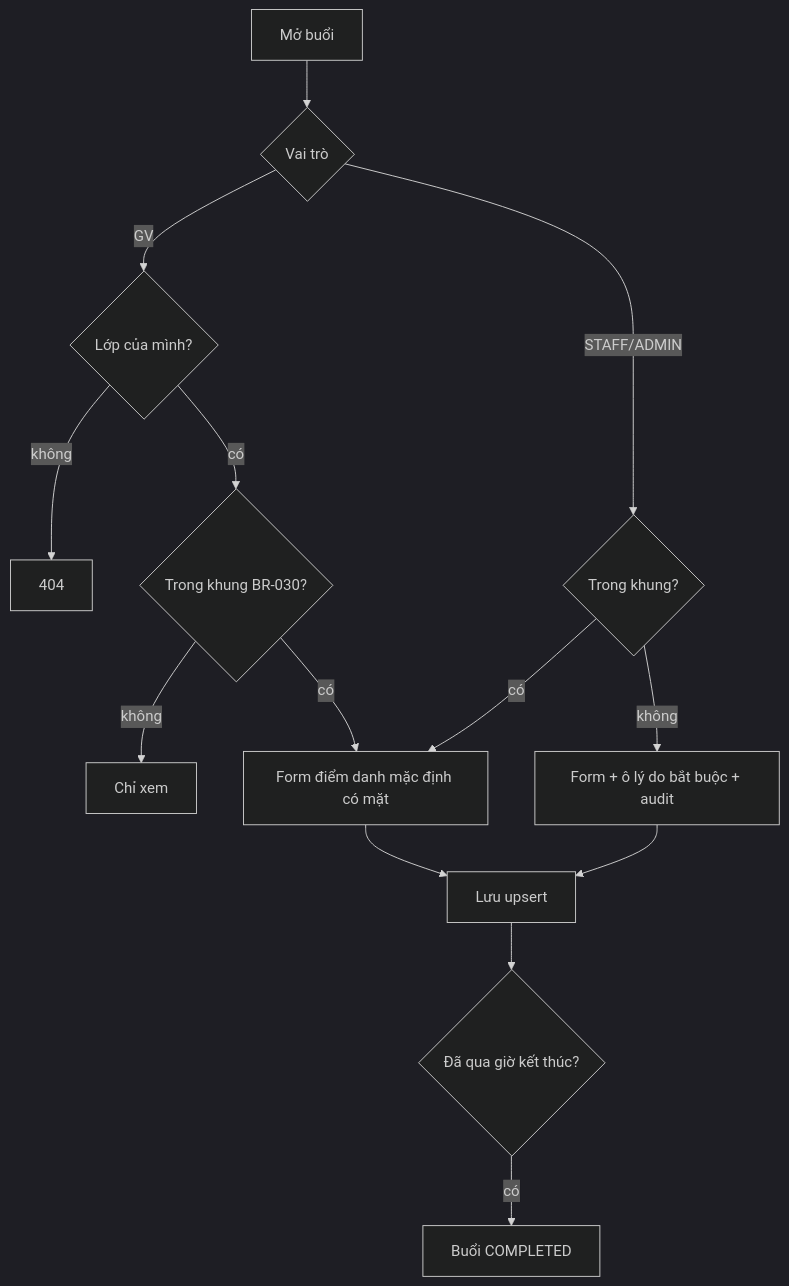
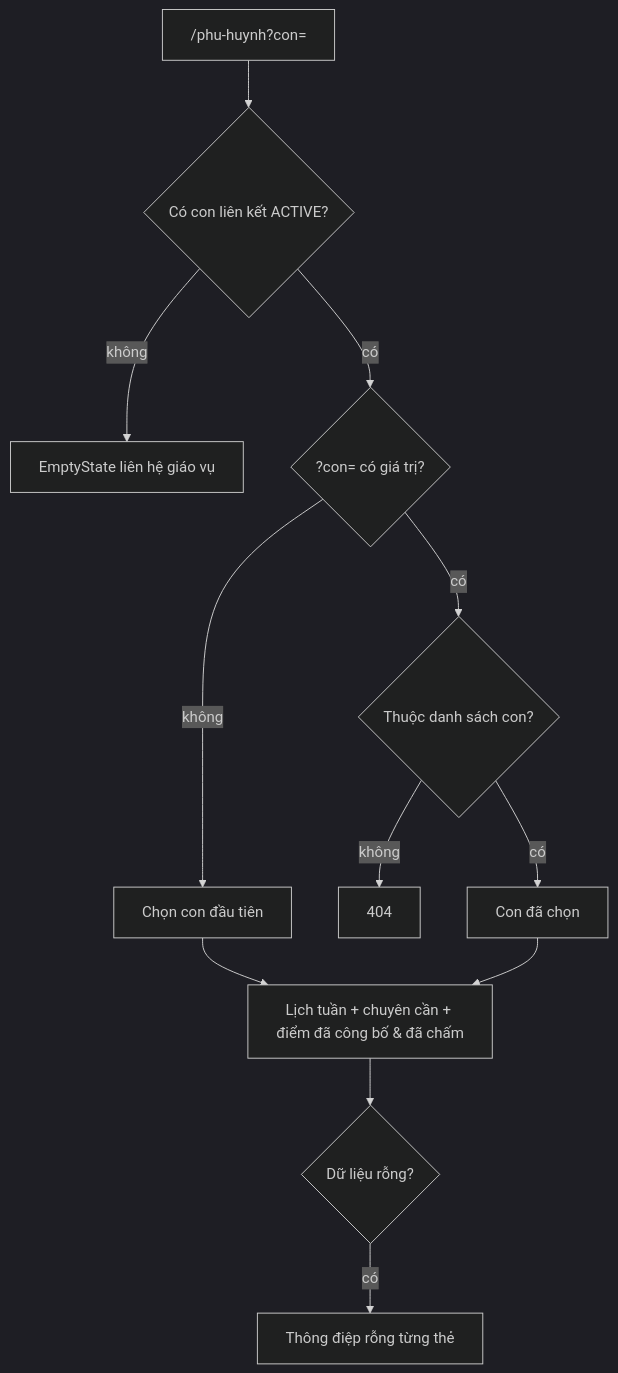
Diagram 11 of 12 in docs/07-user-flows-and-logic-diagrams.md (Huutuyen205/CoreLinkAcademy), drawn with Mermaid (dark theme) before and after one commit. The commit also changed other lines of this file and 100 other files, not shown here.

````diff
--- a/docs/07-user-flows-and-logic-diagrams.md
+++ b/docs/07-user-flows-and-logic-diagrams.md
@@ -113,15 +322,14 @@
 ```mermaid
 flowchart TD
-  A[Mở buổi] --> B{Vai trò}
-  B -- GV --> C{Lớp của mình?}
-  C -- không --> X[404]
-  C -- có --> D{Trong khung BR-030?}
-  D -- không --> RO[Chỉ xem]
-  D -- có --> F[Form điểm danh mặc định có mặt]
-  B -- STAFF/ADMIN --> D2{Trong khung?}
-  D2 -- có --> F
-  D2 -- không --> F2[Form + ô lý do bắt buộc + audit]
-  F --> S[Lưu upsert] --> Z{Đã qua giờ kết thúc?}
-  F2 --> S
-  Z -- có --> CMP[Buổi COMPLETED]
+  A["/phu-huynh?con="] --> B{Có con liên kết ACTIVE?}
+  B -- không --> E[EmptyState liên hệ giáo vụ]
+  B -- có --> C{?con= có giá trị?}
+  C -- không --> D[Chọn con đầu tiên]
+  C -- có --> F{Thuộc danh sách con?}
+  F -- không --> X[404]
+  F -- có --> D2[Con đã chọn]
+  D --> G[Lịch tuần + chuyên cần + điểm đã công bố & đã chấm]
+  D2 --> G
+  G --> H{Dữ liệu rỗng?}
+  H -- có --> EM[Thông điệp rỗng từng thẻ]
 ```
````
